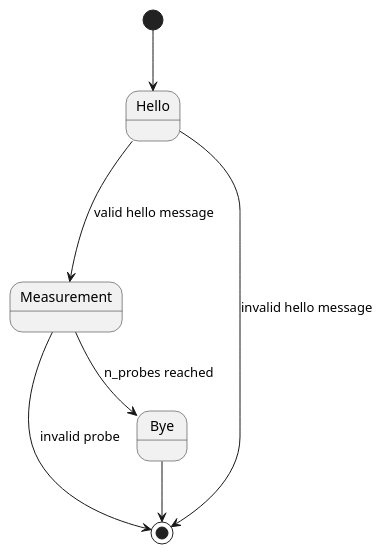
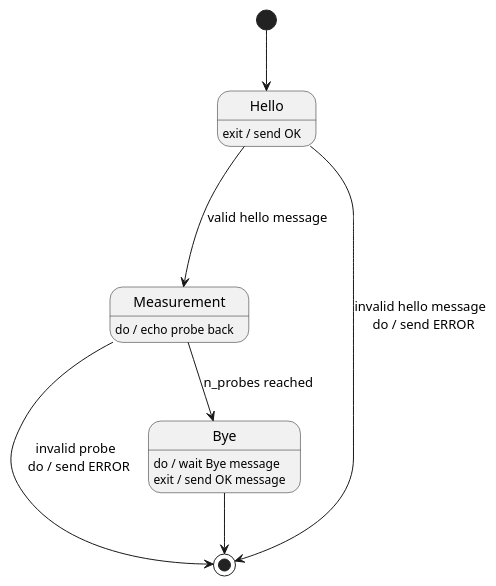
One commit to mattiamari/unibo-rtt-tester changed the diagram in design/server.puml. Above: the diagram before and after it, drawn with PlantUML. The commit also changed 1 other file, not shown here.

```diff
--- a/design/server.puml
+++ b/design/server.puml
@@ -1,12 +1,19 @@
 @startuml server-states
 
 [*] --> Hello
 Hello ---> Measurement : valid hello message
-Hello --> [*] : invalid hello message
+Hello --> [*] : invalid hello message \n do / send ERROR
 
-Measurement --> [*] : invalid probe
+Hello : exit / send OK
+
+Measurement --> [*] : invalid probe \n do / send ERROR
 Measurement --> Bye : n_probes reached
+
+Measurement : do / echo probe back
 
 Bye --> [*]
 
+Bye : do / wait Bye message
+Bye : exit / send OK message
+
 @enduml
```
